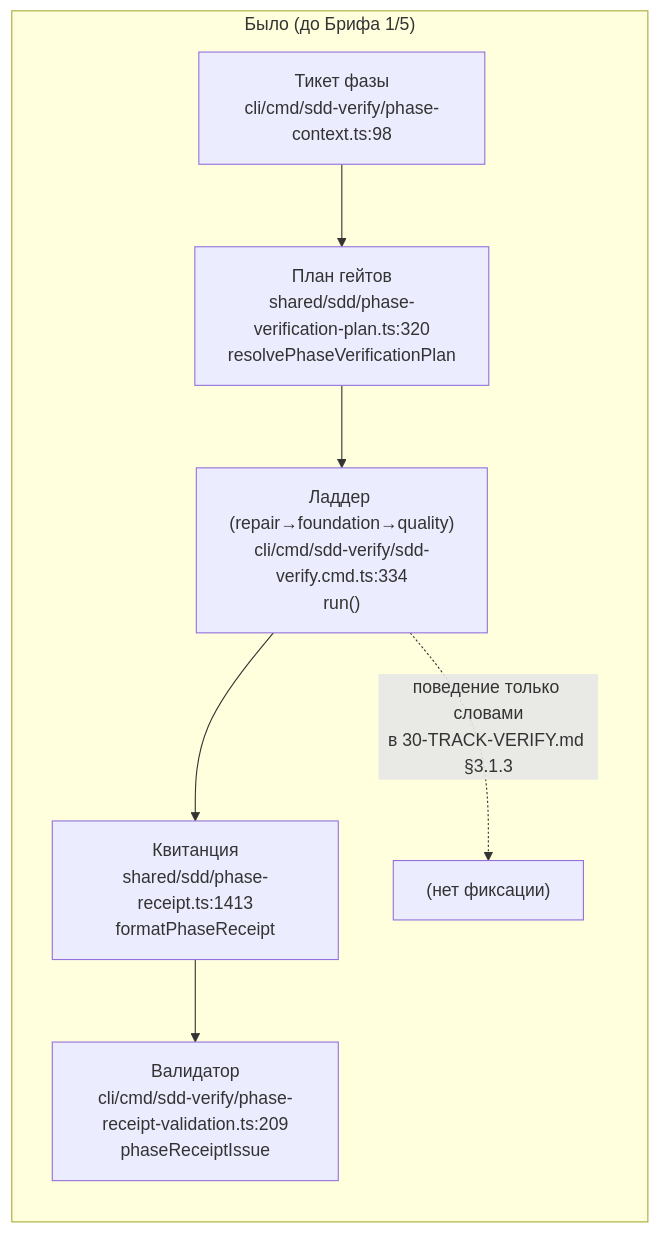
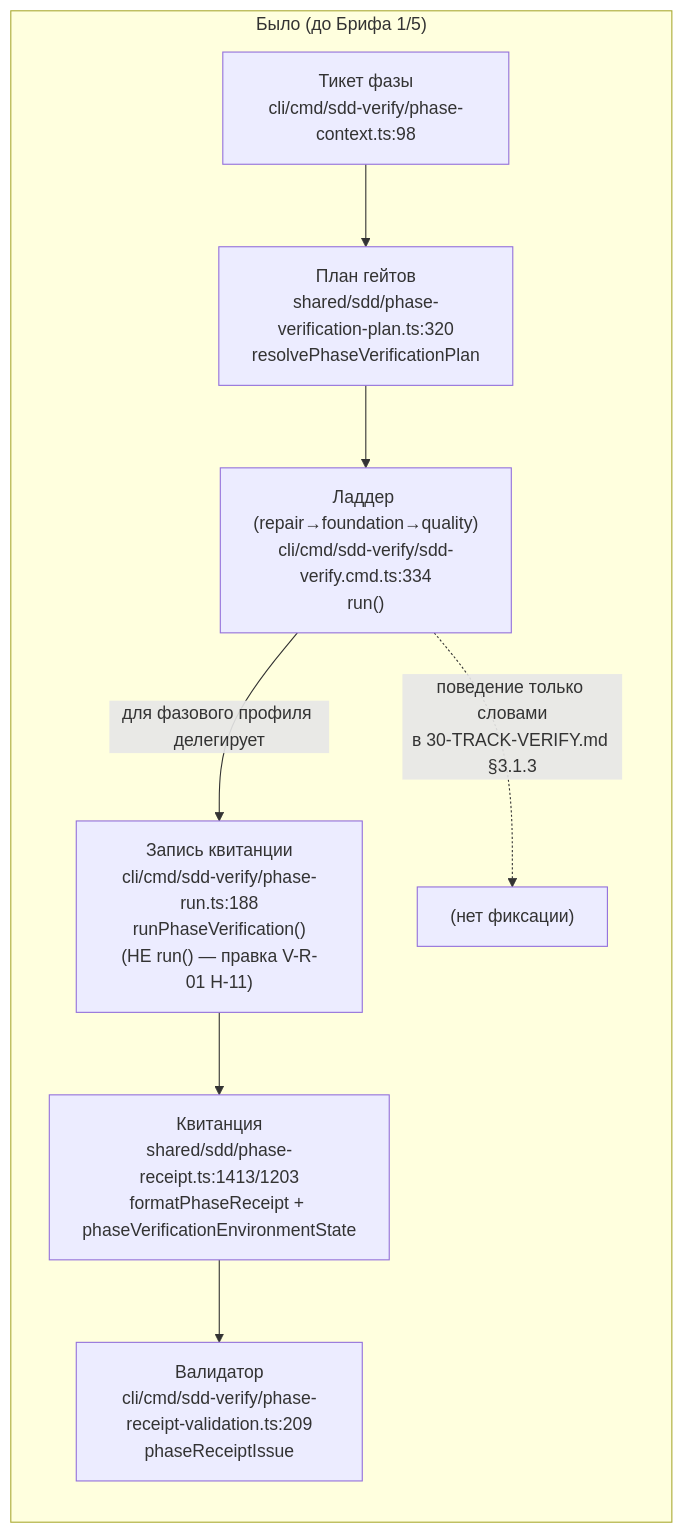
The first of 2 diagrams in ai/drafts/research/sdd-v1-to-v2-transfer/_raw/reports/R-01-V-01.md (RubaXa/gennady), drawn with Mermaid before and after one commit. The commit also changed other lines of this file and 2 other files, not shown here.

Commit message:
docs(sdd-v2-transfer): GAP-B-2, REL-19 ВЫПОЛНЕНО

````diff
--- a/ai/drafts/research/sdd-v1-to-v2-transfer/_raw/reports/R-01-V-01.md
+++ b/ai/drafts/research/sdd-v1-to-v2-transfer/_raw/reports/R-01-V-01.md
@@ -57,10 +61,11 @@
 ```mermaid
 flowchart LR
   subgraph "Было (до Брифа 1/5)"
     A1["Тикет фазы\ncli/cmd/sdd-verify/phase-context.ts:98"] --> B1["План гейтов\nshared/sdd/phase-verification-plan.ts:320\nresolvePhaseVerificationPlan"]
     B1 --> C1["Ладдер (repair→foundation→quality)\ncli/cmd/sdd-verify/sdd-verify.cmd.ts:334\nrun()"]
-    C1 --> D1["Квитанция\nshared/sdd/phase-receipt.ts:1413\nformatPhaseReceipt"]
+    C1 -->|"для фазового профиля делегирует"| C1r["Запись квитанции\ncli/cmd/sdd-verify/phase-run.ts:188\nrunPhaseVerification()\n(НЕ run() — правка V-R-01 Н-11)"]
+    C1r --> D1["Квитанция\nshared/sdd/phase-receipt.ts:1413/1203\nformatPhaseReceipt + phaseVerificationEnvironmentState"]
     D1 --> E1["Валидатор\ncli/cmd/sdd-verify/phase-receipt-validation.ts:209\nphaseReceiptIssue"]
     C1 -.->|"поведение только словами\nв 30-TRACK-VERIFY.md §3.1.3"| F1["(нет фиксации)"]
   end
 ```
````
